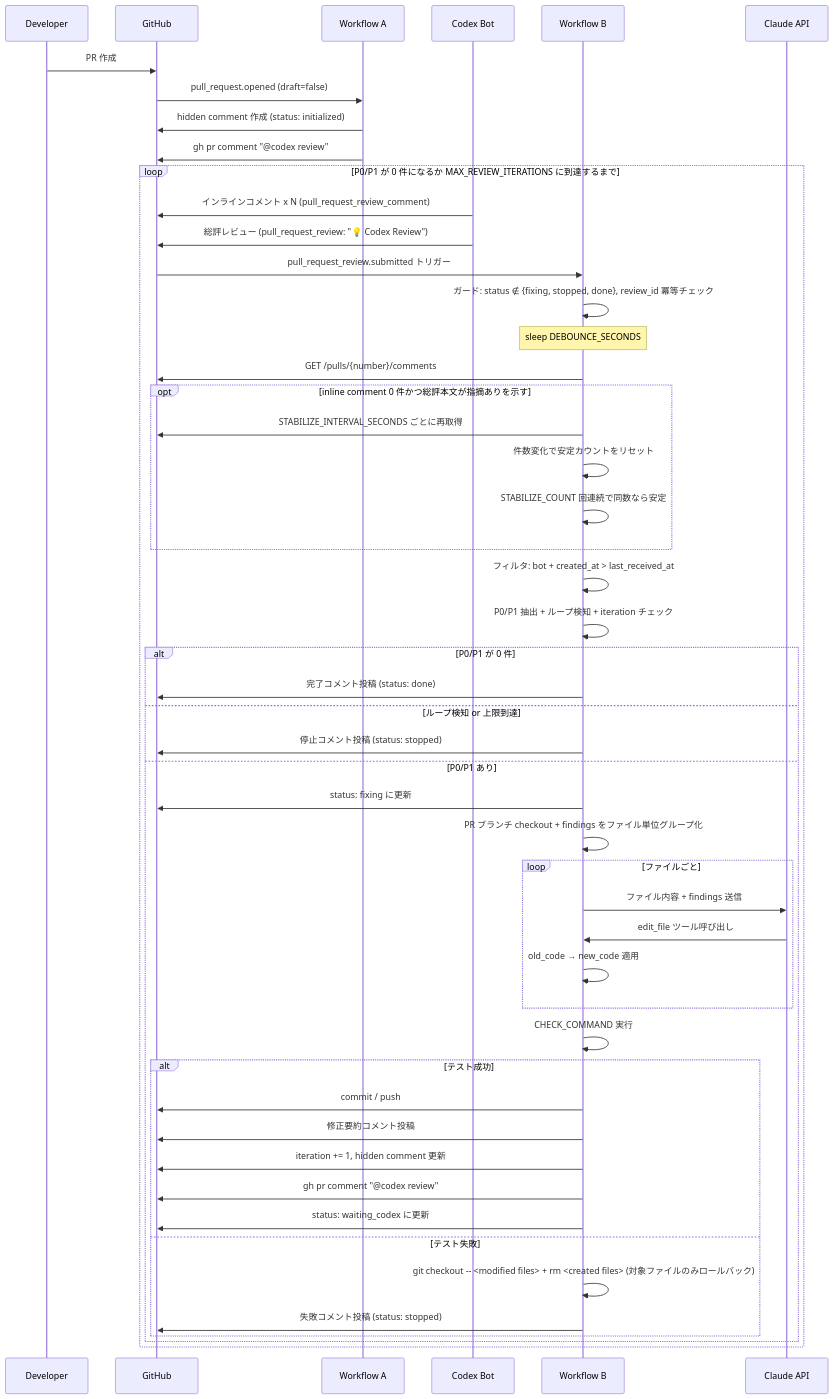
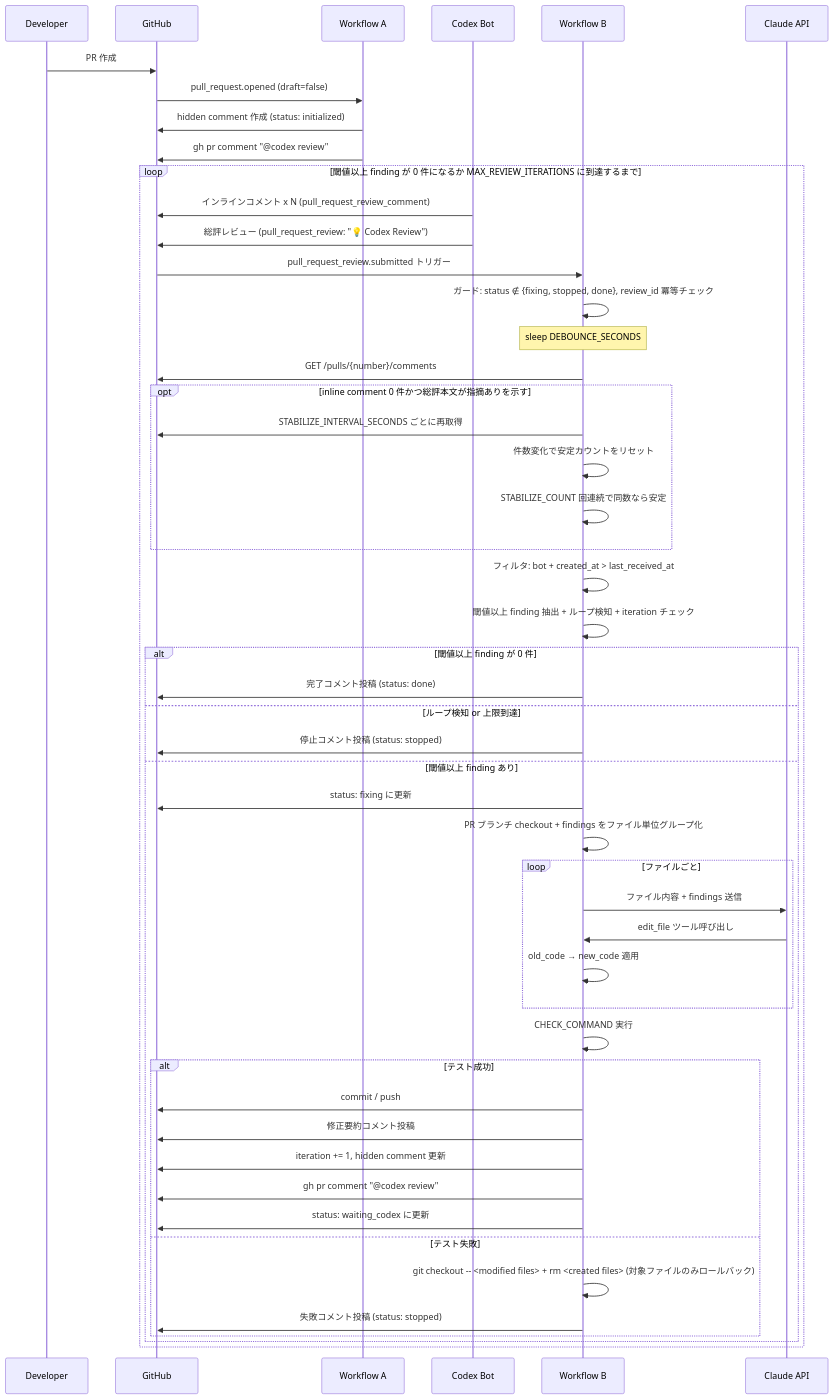
Before and after one commit to actions-marketplace-validations/team-yubune_loop-pilot: the first of 2 diagrams in docs/architecture/flow-and-state.md, drawn with Mermaid. The commit also changed other lines of this file and 13 other files, not shown here.

````diff
--- a/docs/architecture/flow-and-state.md
+++ b/docs/architecture/flow-and-state.md
@@ -413,56 +413,56 @@
 ```mermaid
 sequenceDiagram
     participant Dev as Developer
     participant GH as GitHub
     participant WA as Workflow A
     participant Codex as Codex Bot
     participant WB as Workflow B
     participant Claude as Claude API
 
     Dev->>GH: PR 作成
     GH->>WA: pull_request.opened (draft=false)
     WA->>GH: hidden comment 作成 (status: initialized)
     WA->>GH: gh pr comment "@codex review"
 
-    loop P0/P1 が 0 件になるか MAX_REVIEW_ITERATIONS に到達するまで
+    loop 閾値以上 finding が 0 件になるか MAX_REVIEW_ITERATIONS に到達するまで
         Codex->>GH: インラインコメント x N (pull_request_review_comment)
         Codex->>GH: 総評レビュー (pull_request_review: "💡 Codex Review")
         GH->>WB: pull_request_review.submitted トリガー
 
         WB->>WB: ガード: status ∉ {fixing, stopped, done}, review_id 冪等チェック
         Note over WB: sleep DEBOUNCE_SECONDS
         WB->>GH: GET /pulls/{number}/comments
         opt inline comment 0 件かつ総評本文が指摘ありを示す
             WB->>GH: STABILIZE_INTERVAL_SECONDS ごとに再取得
             WB->>WB: 件数変化で安定カウントをリセット
             WB->>WB: STABILIZE_COUNT 回連続で同数なら安定
         end
         WB->>WB: フィルタ: bot + created_at > last_received_at
-        WB->>WB: P0/P1 抽出 + ループ検知 + iteration チェック
+        WB->>WB: 閾値以上 finding 抽出 + ループ検知 + iteration チェック
 
-        alt P0/P1 が 0 件
+        alt 閾値以上 finding が 0 件
             WB->>GH: 完了コメント投稿 (status: done)
         else ループ検知 or 上限到達
             WB->>GH: 停止コメント投稿 (status: stopped)
-        else P0/P1 あり
+        else 閾値以上 finding あり
             WB->>GH: status: fixing に更新
             WB->>WB: PR ブランチ checkout + findings をファイル単位グループ化
             loop ファイルごと
                 WB->>Claude: ファイル内容 + findings 送信
                 Claude->>WB: edit_file ツール呼び出し
                 WB->>WB: old_code → new_code 適用
             end
             WB->>WB: CHECK_COMMAND 実行
             alt テスト成功
                 WB->>GH: commit / push
                 WB->>GH: 修正要約コメント投稿
                 WB->>GH: iteration += 1, hidden comment 更新
                 WB->>GH: gh pr comment "@codex review"
                 WB->>GH: status: waiting_codex に更新
             else テスト失敗
                 WB->>WB: git checkout -- <modified files> + rm <created files> (対象ファイルのみロールバック)
                 WB->>GH: 失敗コメント投稿 (status: stopped)
             end
         end
     end
 ```
````
